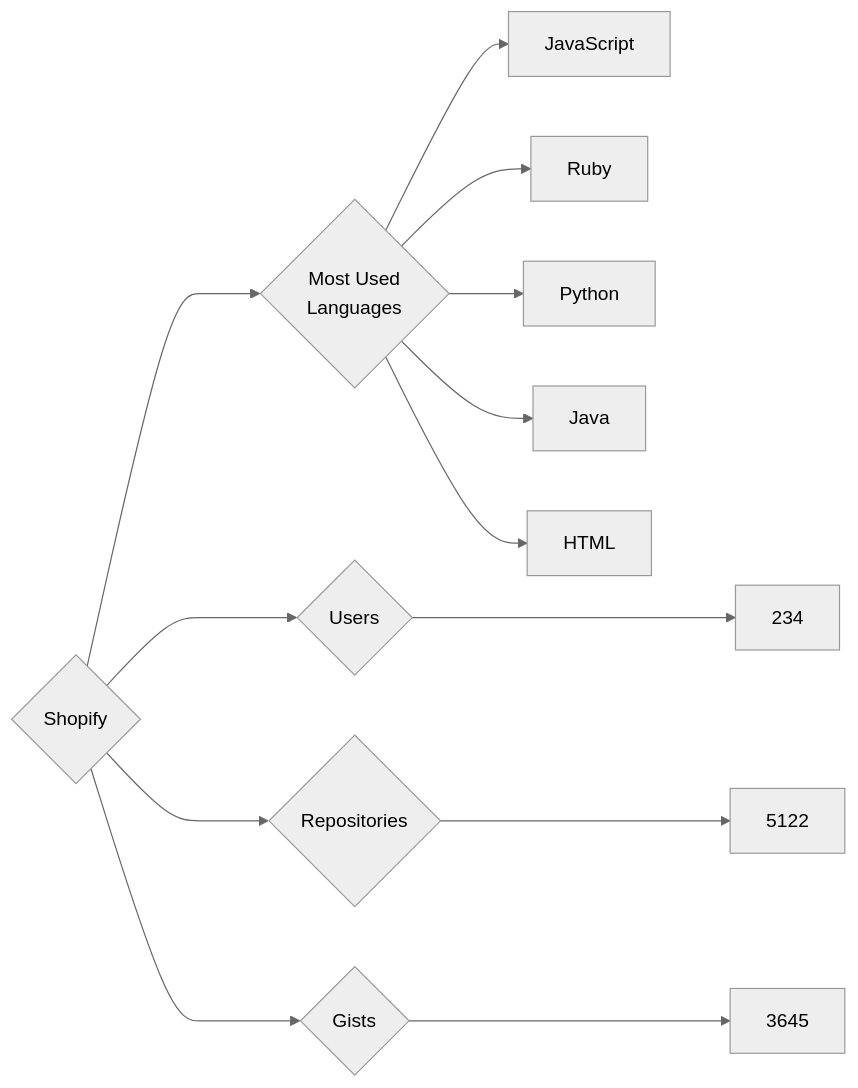
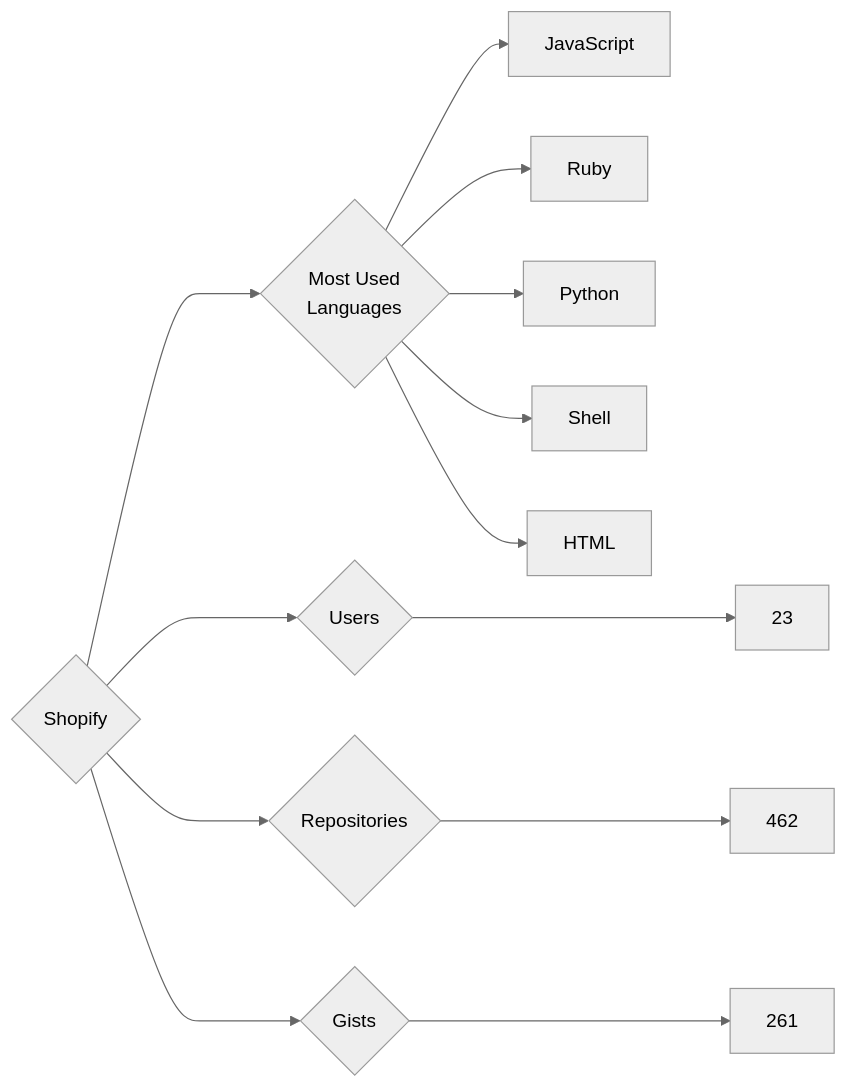
One commit to trickest/insiders changed the diagram in targets/Shopify/README.md. Above: the diagram before and after it, drawn with Mermaid (neutral theme). The commit also changed 928 other files, not shown here.

````diff
--- a/targets/Shopify/README.md
+++ b/targets/Shopify/README.md
@@ -3,13 +3,13 @@
 ```mermaid
 graph LR
 COMPANY_NAME{Shopify}
-COMPANY_NAME ---> U{Users} ---> UN[234]
-COMPANY_NAME ---> R{Repositories} ---> RN[5122]
-COMPANY_NAME ---> G{Gists} ---> GN[3645]
+COMPANY_NAME ---> U{Users} ---> UN[23]
+COMPANY_NAME ---> R{Repositories} ---> RN[462]
+COMPANY_NAME ---> G{Gists} ---> GN[261]
 COMPANY_NAME ---> ML{Most Used<br>Languages}
 ML --> JavaScript[JavaScript]
 ML --> Ruby[Ruby]
 ML --> Python[Python]
-ML --> Java[Java]
+ML --> Shell[Shell]
 ML --> HTML[HTML]
 ```
````
